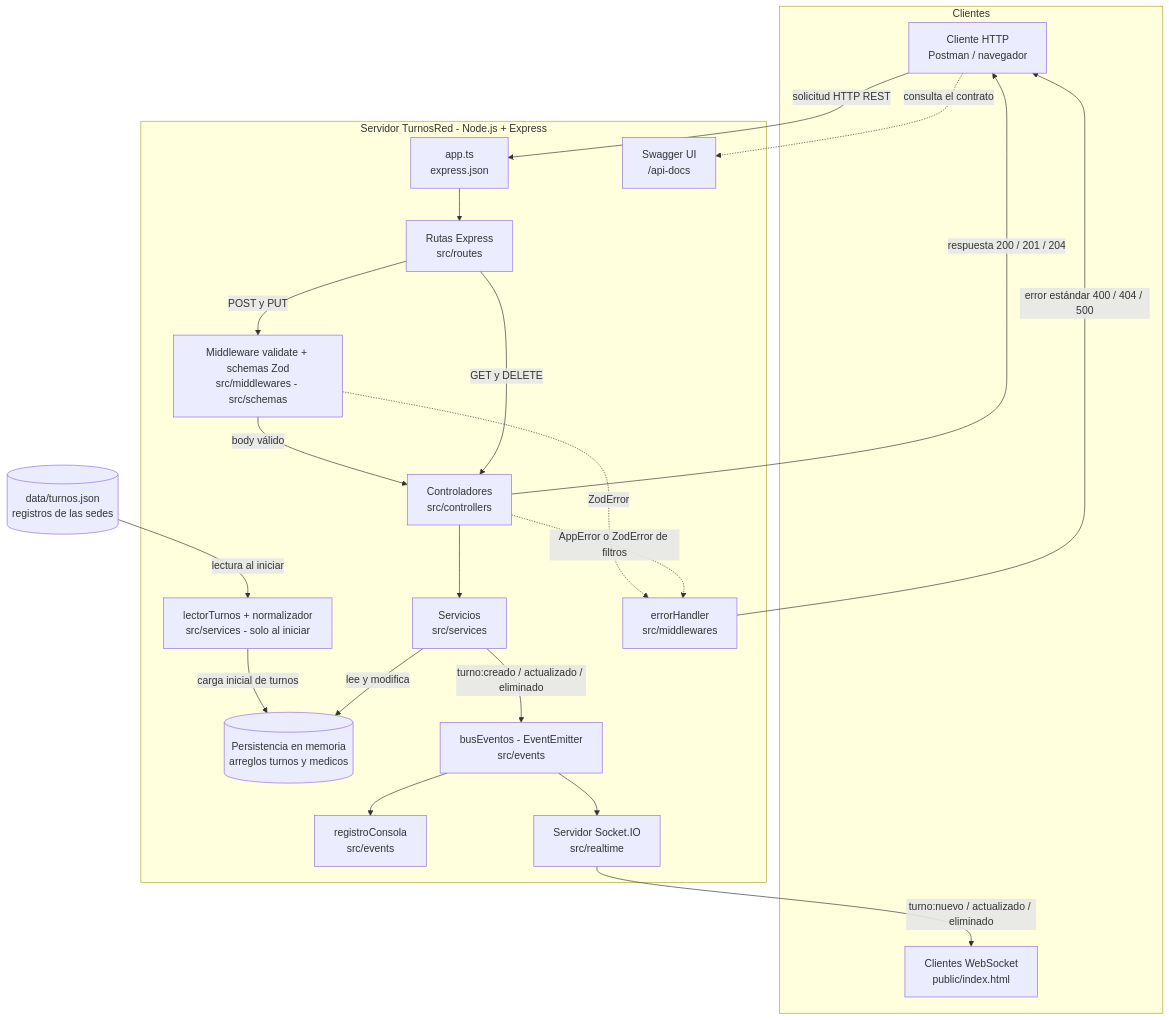
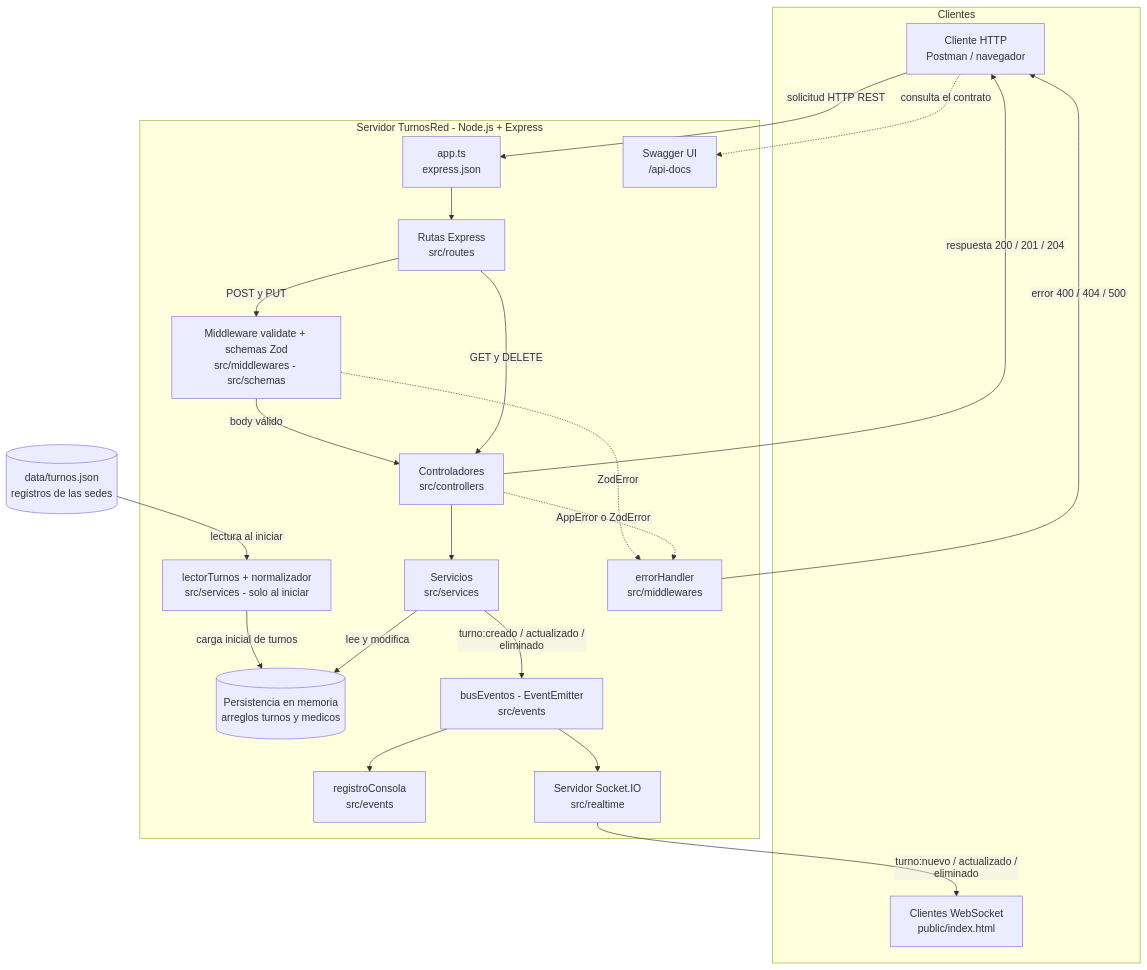
One commit to vaneerc-pr/turnos-red changed the first of 2 diagrams in README.md. Above: the diagram before and after it, drawn with Mermaid. The commit also changed other lines of this file, not shown here.

Commit message:
docs: corrige etiquetas cortadas en diagramas Mermaid

````diff
--- a/README.md
+++ b/README.md
@@ -158,43 +158,44 @@
 ```mermaid
+%%{init: {"flowchart": {"htmlLabels": false}} }%%
 flowchart TB
     subgraph Clientes
         HTTP["Cliente HTTP<br/>Postman / navegador"]
         WEB["Clientes WebSocket<br/>public/index.html"]
     end
 
     DISCO[("data/turnos.json<br/>registros de las sedes")]
 
     subgraph Servidor["Servidor TurnosRed - Node.js + Express"]
         CARGA["lectorTurnos + normalizador<br/>src/services - solo al iniciar"]
         APP["app.ts<br/>express.json"]
         DOCS["Swagger UI<br/>/api-docs"]
         ROUTES["Rutas Express<br/>src/routes"]
         VALIDATE["Middleware validate + schemas Zod<br/>src/middlewares - src/schemas"]
         CTRL["Controladores<br/>src/controllers"]
         SERV["Servicios<br/>src/services"]
         MEM[("Persistencia en memoria<br/>arreglos turnos y medicos")]
         ERR["errorHandler<br/>src/middlewares"]
         BUS["busEventos - EventEmitter<br/>src/events"]
         LOG["registroConsola<br/>src/events"]
         SIO["Servidor Socket.IO<br/>src/realtime"]
     end
 
     DISCO -->|"lectura al iniciar"| CARGA
     CARGA -->|"carga inicial de turnos"| MEM
     HTTP -->|"solicitud HTTP REST"| APP
     HTTP -.->|"consulta el contrato"| DOCS
     APP --> ROUTES
     ROUTES -->|"POST y PUT"| VALIDATE
     VALIDATE -->|"body válido"| CTRL
     ROUTES -->|"GET y DELETE"| CTRL
     CTRL --> SERV
     SERV -->|"lee y modifica"| MEM
     CTRL -->|"respuesta 200 / 201 / 204"| HTTP
     VALIDATE -.->|"ZodError"| ERR
-    CTRL -.->|"AppError o ZodError de filtros"| ERR
-    ERR -->|"error estándar 400 / 404 / 500"| HTTP
+    CTRL -.->|"AppError o ZodError"| ERR
+    ERR -->|"error 400 / 404 / 500"| HTTP
     SERV -->|"turno:creado / actualizado / eliminado"| BUS
     BUS --> LOG
     BUS --> SIO
     SIO -->|"turno:nuevo / actualizado / eliminado"| WEB
 ```
````
